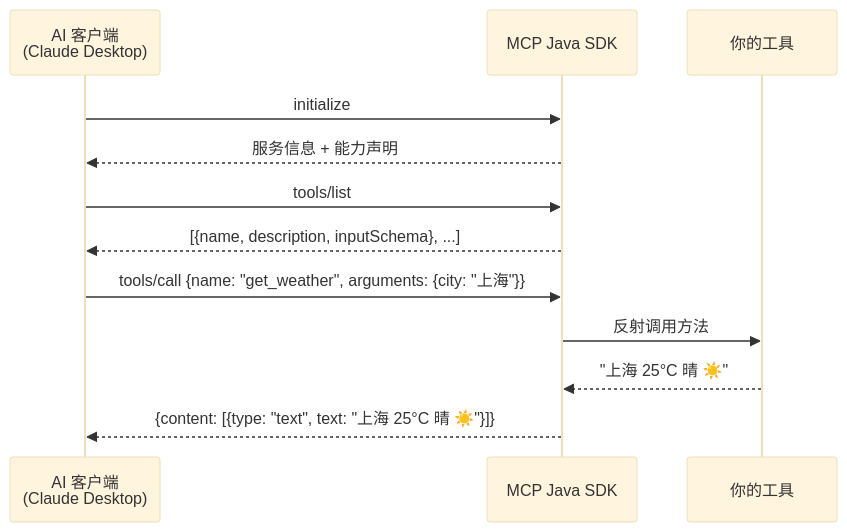
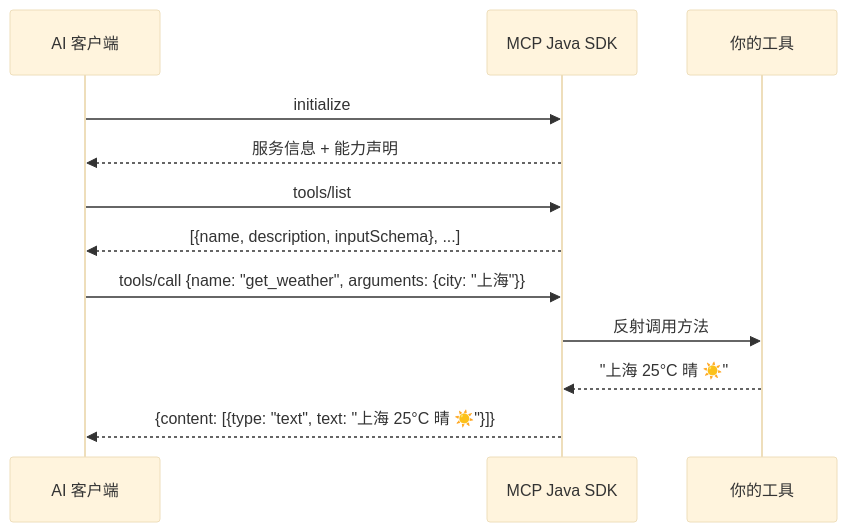
One commit to jianglai-2000/mcp-java changed the diagram in README.md. Above: the diagram before and after it, drawn with Mermaid (base theme). The commit also changed other lines of this file and 3 other files, not shown here.

````diff
--- a/README.md
+++ b/README.md
@@ -78,17 +79,15 @@
 ```mermaid
 sequenceDiagram
-    participant AI as AI 客户端<br/>(Claude Desktop)
+    participant AI as AI 客户端
     participant SDK as MCP Java SDK
     participant Tool as 你的工具
 
     AI->>SDK: initialize
     SDK-->>AI: 服务信息 + 能力声明
-
     AI->>SDK: tools/list
     SDK-->>AI: [{name, description, inputSchema}, ...]
-
     AI->>SDK: tools/call {name: "get_weather", arguments: {city: "上海"}}
     SDK->>Tool: 反射调用方法
     Tool-->>SDK: "上海 25°C 晴 ☀️"
     SDK-->>AI: {content: [{type: "text", text: "上海 25°C 晴 ☀️"}]}
 ```
````
